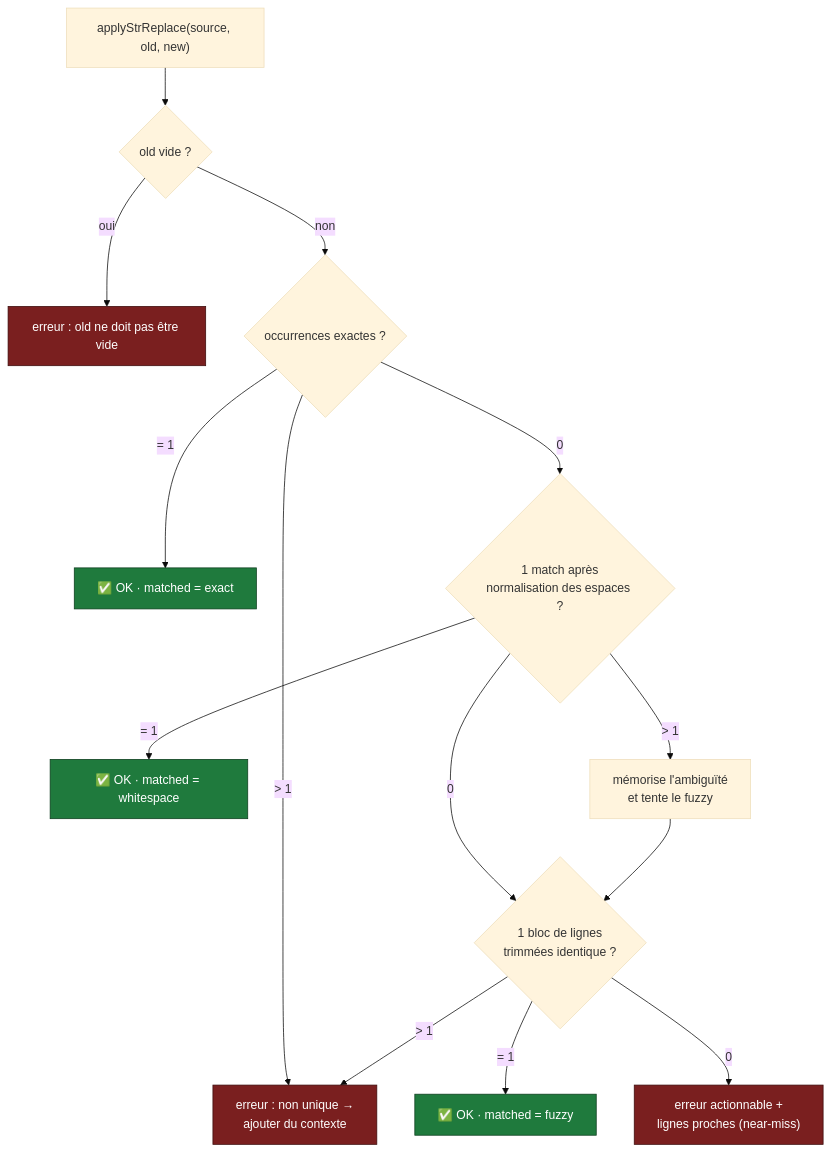
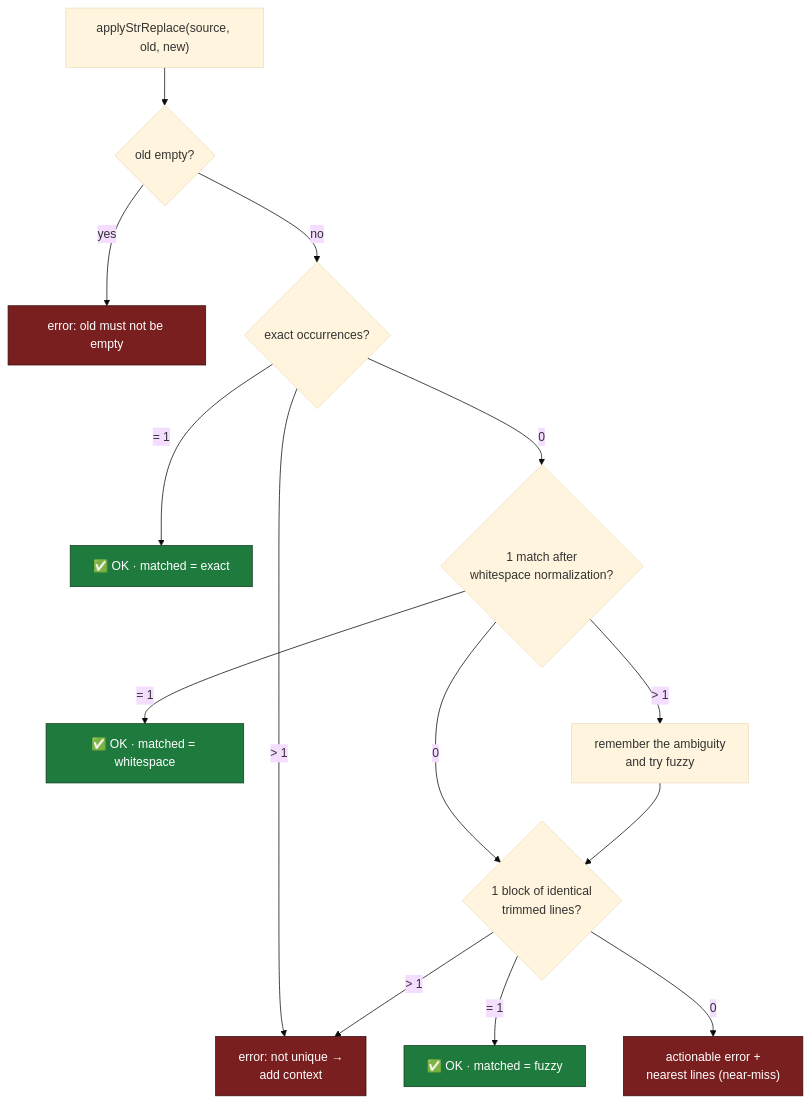
Before and after one commit to Tromset/Ollama-Code: the fifth of 10 diagrams in DOCUMENTATION.md, drawn with Mermaid (base theme). The commit also changed other lines of this file and 19 other files, not shown here.

````diff
--- a/DOCUMENTATION.md
+++ b/DOCUMENTATION.md
@@ -315,21 +315,21 @@
 ```mermaid
 flowchart TD
-    In["applyStrReplace(source, old, new)"] --> Empty{"old vide ?"}
-    Empty -- oui --> Err1["erreur : old ne doit pas être vide"]
-    Empty -- non --> Exact{"occurrences exactes ?"}
+    In["applyStrReplace(source, old, new)"] --> Empty{"old empty?"}
+    Empty -- yes --> Err1["error: old must not be empty"]
+    Empty -- no --> Exact{"exact occurrences?"}
     Exact -- "= 1" --> OkE["✅ OK · matched = exact"]
-    Exact -- "&gt; 1" --> ErrDup["erreur : non unique →<br/>ajouter du contexte"]
-    Exact -- "0" --> WS{"1 match après<br/>normalisation des espaces ?"}
+    Exact -- "&gt; 1" --> ErrDup["error: not unique →<br/>add context"]
+    Exact -- "0" --> WS{"1 match after<br/>whitespace normalization?"}
     WS -- "= 1" --> OkW["✅ OK · matched = whitespace"]
-    WS -- "&gt; 1" --> Remember["mémorise l'ambiguïté<br/>et tente le fuzzy"]
-    WS -- "0" --> Fuzzy{"1 bloc de lignes<br/>trimmées identique ?"}
+    WS -- "&gt; 1" --> Remember["remember the ambiguity<br/>and try fuzzy"]
+    WS -- "0" --> Fuzzy{"1 block of identical<br/>trimmed lines?"}
     Remember --> Fuzzy
     Fuzzy -- "= 1" --> OkF["✅ OK · matched = fuzzy"]
     Fuzzy -- "&gt; 1" --> ErrDup
-    Fuzzy -- "0" --> NotFound["erreur actionnable +<br/>lignes proches (near-miss)"]
+    Fuzzy -- "0" --> NotFound["actionable error +<br/>nearest lines (near-miss)"]
 
     classDef ok fill:#1f7a3d,color:#fff,stroke:#0d3d1e;
     classDef err fill:#7a1f1f,color:#fff,stroke:#3d0d0d;
     class OkE,OkW,OkF ok;
     class Err1,ErrDup,NotFound err;
 ```
````
